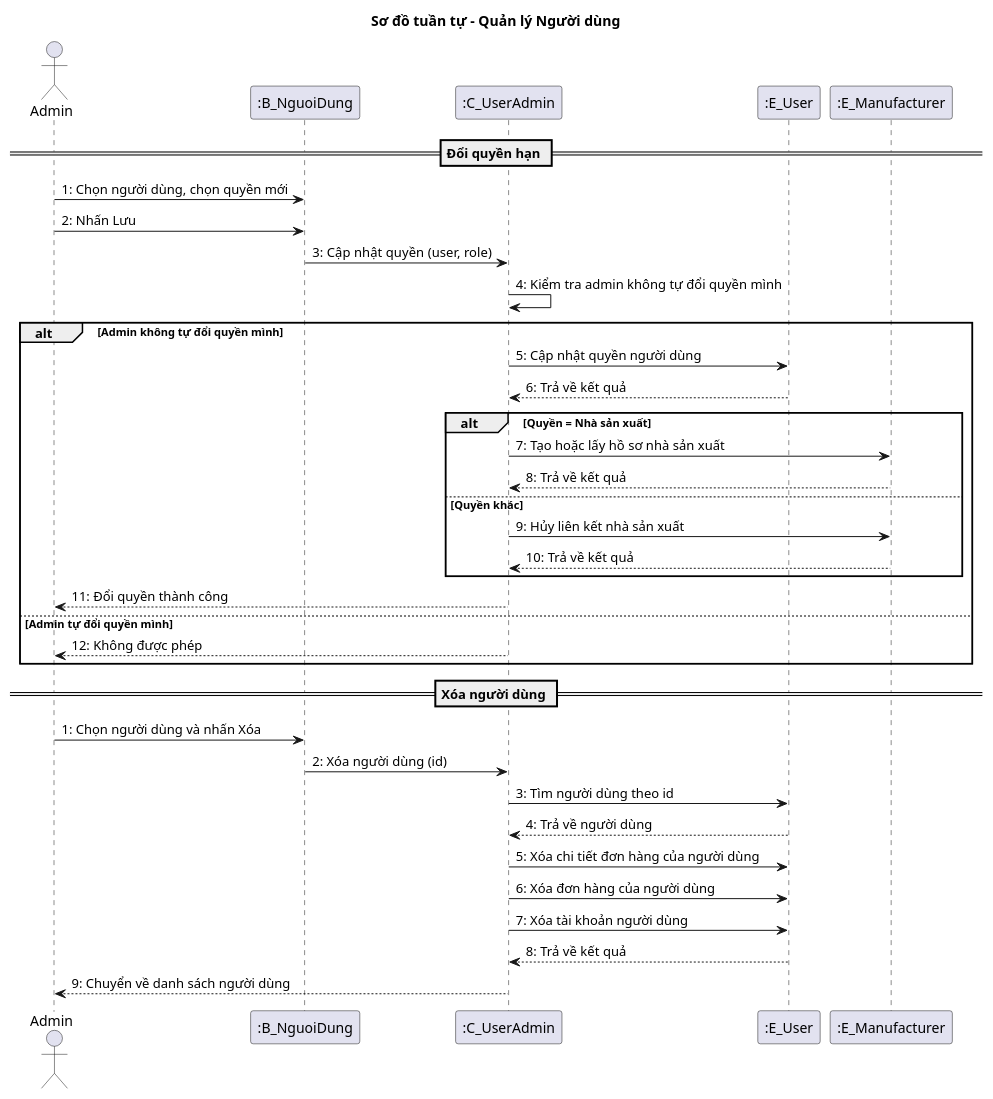
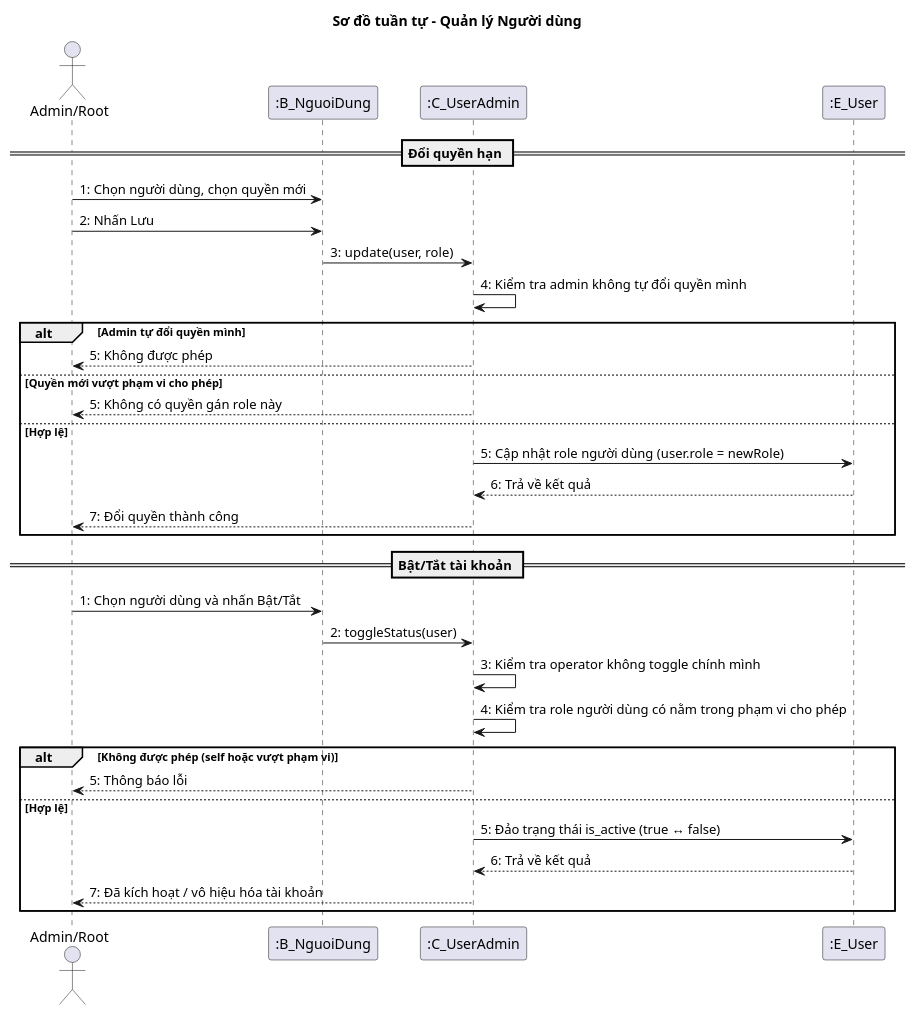
Before and after one commit to thien258/luanvantotnghiep: the diagram in app/Http/doc/sequence/11-nguoi-dung.puml, drawn with PlantUML. The commit also changed 59 other files, not shown here.

```diff
--- a/app/Http/doc/sequence/11-nguoi-dung.puml
+++ b/app/Http/doc/sequence/11-nguoi-dung.puml
@@ -1,43 +1,38 @@
 @startuml
 title Sơ đồ tuần tự - Quản lý Người dùng
 
-actor "Admin" as A
+actor "Admin/Root" as A
 participant ":B_NguoiDung" as B
 participant ":C_UserAdmin" as C
 participant ":E_User" as EU
-participant ":E_Manufacturer" as EM
 
 == Đổi quyền hạn ==
 A -> B : 1: Chọn người dùng, chọn quyền mới
 A -> B : 2: Nhấn Lưu
-B -> C : 3: Cập nhật quyền (user, role)
+B -> C : 3: update(user, role)
 C -> C : 4: Kiểm tra admin không tự đổi quyền mình
 
-alt Admin không tự đổi quyền mình
-    C -> EU : 5: Cập nhật quyền người dùng
+alt Admin tự đổi quyền mình
+    C --> A : 5: Không được phép
+else Quyền mới vượt phạm vi cho phép
+    C --> A : 5: Không có quyền gán role này
+else Hợp lệ
+    C -> EU : 5: Cập nhật role người dùng (user.role = newRole)
     EU --> C : 6: Trả về kết quả
-
-    alt Quyền = Nhà sản xuất
-        C -> EM : 7: Tạo hoặc lấy hồ sơ nhà sản xuất
-        EM --> C : 8: Trả về kết quả
-    else Quyền khác
-        C -> EM : 9: Hủy liên kết nhà sản xuất
-        EM --> C : 10: Trả về kết quả
-    end
-
-    C --> A : 11: Đổi quyền thành công
-else Admin tự đổi quyền mình
-    C --> A : 12: Không được phép
+    C --> A : 7: Đổi quyền thành công
 end
 
-== Xóa người dùng ==
-A -> B : 1: Chọn người dùng và nhấn Xóa
-B -> C : 2: Xóa người dùng (id)
-C -> EU : 3: Tìm người dùng theo id
-EU --> C : 4: Trả về người dùng
-C -> EU : 5: Xóa chi tiết đơn hàng của người dùng
-C -> EU : 6: Xóa đơn hàng của người dùng
-C -> EU : 7: Xóa tài khoản người dùng
-EU --> C : 8: Trả về kết quả
-C --> A : 9: Chuyển về danh sách người dùng
+== Bật/Tắt tài khoản ==
+A -> B : 1: Chọn người dùng và nhấn Bật/Tắt
+B -> C : 2: toggleStatus(user)
+C -> C : 3: Kiểm tra operator không toggle chính mình
+C -> C : 4: Kiểm tra role người dùng có nằm trong phạm vi cho phép
+
+alt Không được phép (self hoặc vượt phạm vi)
+    C --> A : 5: Thông báo lỗi
+else Hợp lệ
+    C -> EU : 5: Đảo trạng thái is_active (true ↔ false)
+    EU --> C : 6: Trả về kết quả
+    C --> A : 7: Đã kích hoạt / vô hiệu hóa tài khoản
+end
 @enduml
```
